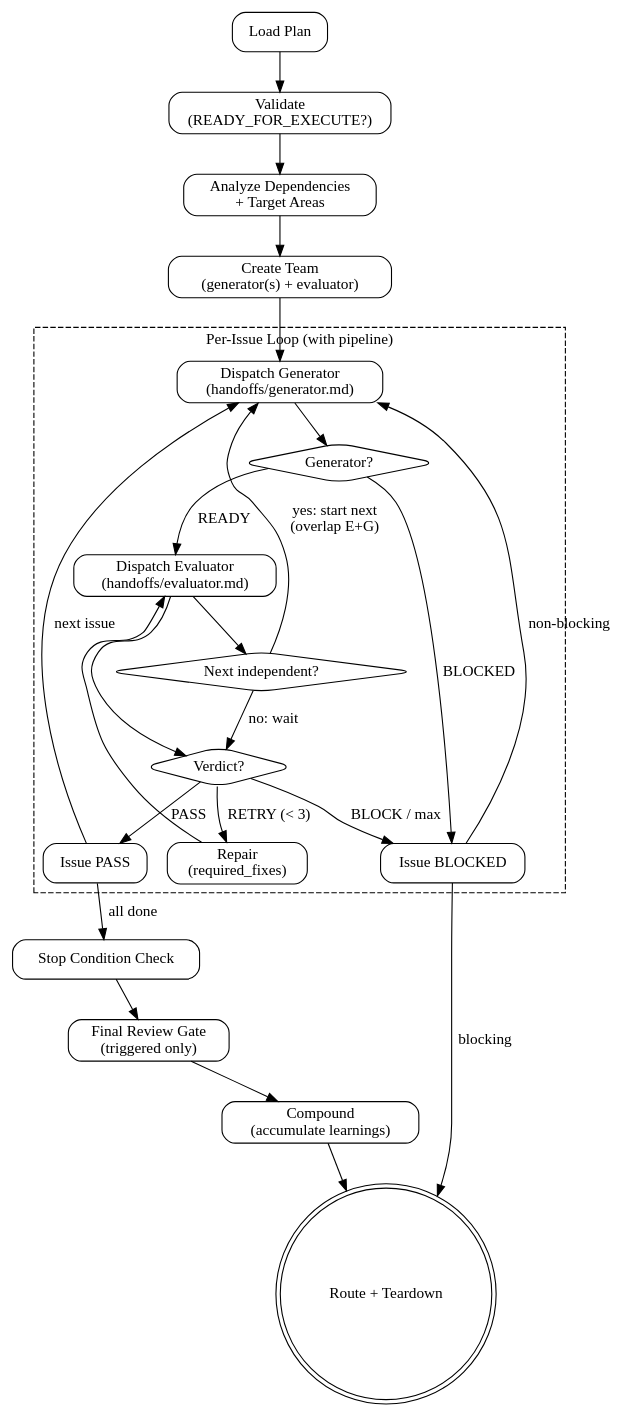
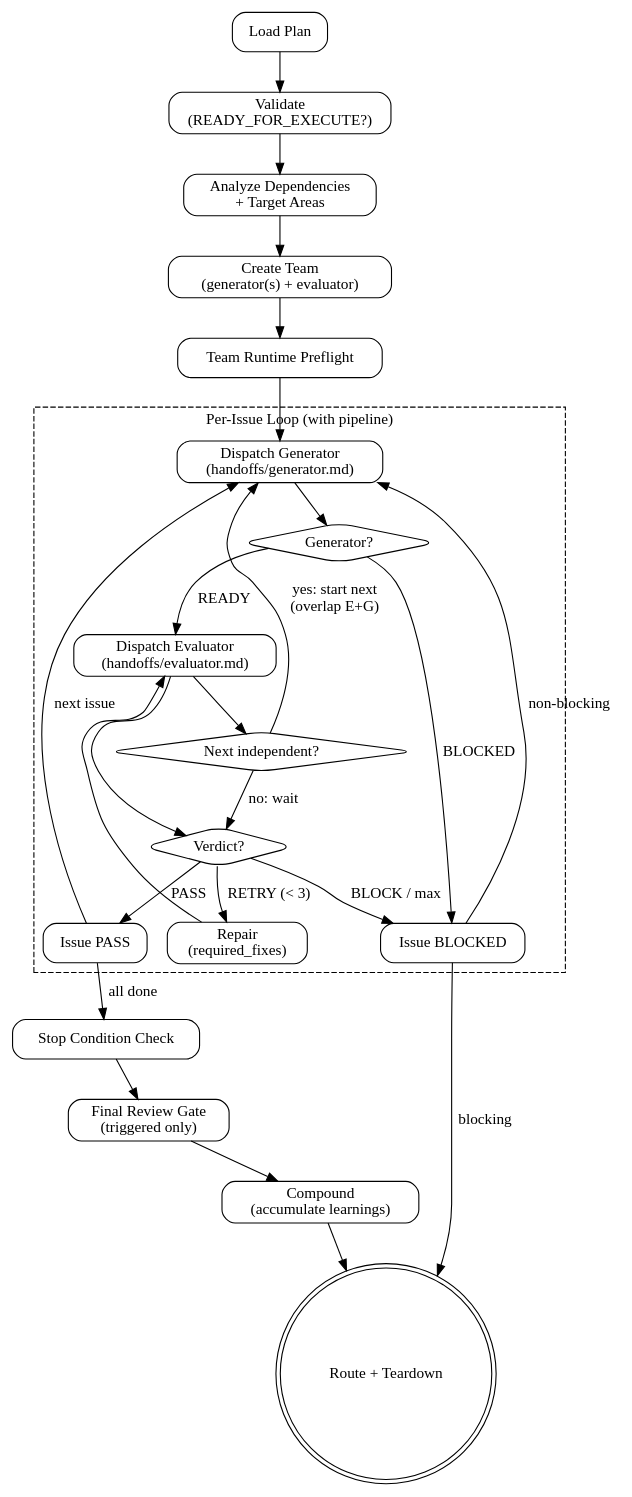
The diagram in skills/pge-exec/SKILL.md (feng-y/pge), drawn with Graphviz before and after one commit. The commit also changed other lines of this file and 3 other files, not shown here.

First line of the commit message:
fix: align pge-exec team runtime contract

````diff
--- a/skills/pge-exec/SKILL.md
+++ b/skills/pge-exec/SKILL.md
@@ -46,47 +46,48 @@
 ```dot
 digraph pge_exec {
   rankdir=TB;
   node [shape=box, style=rounded];
 
   load_plan [label="Load Plan"];
   validate [label="Validate\n(READY_FOR_EXECUTE?)"];
   group [label="Analyze Dependencies\n+ Target Areas"];
   create_team [label="Create Team\n(generator(s) + evaluator)"];
+  preflight_team [label="Team Runtime Preflight"];
 
   subgraph cluster_loop {
     label="Per-Issue Loop (with pipeline)";
     style=dashed;
     dispatch_gen [label="Dispatch Generator\n(handoffs/generator.md)"];
     gen_done [label="Generator?", shape=diamond];
     dispatch_eval [label="Dispatch Evaluator\n(handoffs/evaluator.md)"];
     pipeline_check [label="Next independent?", shape=diamond];
     verdict [label="Verdict?", shape=diamond];
     repair [label="Repair\n(required_fixes)"];
     pass [label="Issue PASS"];
     blocked [label="Issue BLOCKED"];
   }
 
   plan_verify [label="Stop Condition Check"];
   review_gate [label="Final Review Gate\n(triggered only)"];
   compound [label="Compound\n(accumulate learnings)"];
   route [label="Route + Teardown", shape=doublecircle];
 
-  load_plan -> validate -> group -> create_team -> dispatch_gen;
+  load_plan -> validate -> group -> create_team -> preflight_team -> dispatch_gen;
   dispatch_gen -> gen_done;
   gen_done -> dispatch_eval [label="READY"];
   gen_done -> blocked [label="BLOCKED"];
   dispatch_eval -> pipeline_check;
   pipeline_check -> dispatch_gen [label="yes: start next\n(overlap E+G)"];
   pipeline_check -> verdict [label="no: wait"];
   dispatch_eval -> verdict;
   verdict -> pass [label="PASS"];
   verdict -> repair [label="RETRY (< 3)"];
   verdict -> blocked [label="BLOCK / max"];
   repair -> dispatch_eval;
   pass -> dispatch_gen [label="next issue"];
   pass -> plan_verify [label="all done"];
   blocked -> dispatch_gen [label="non-blocking"];
   blocked -> route [label="blocking"];
   plan_verify -> review_gate -> compound -> route;
 }
 ```
````
